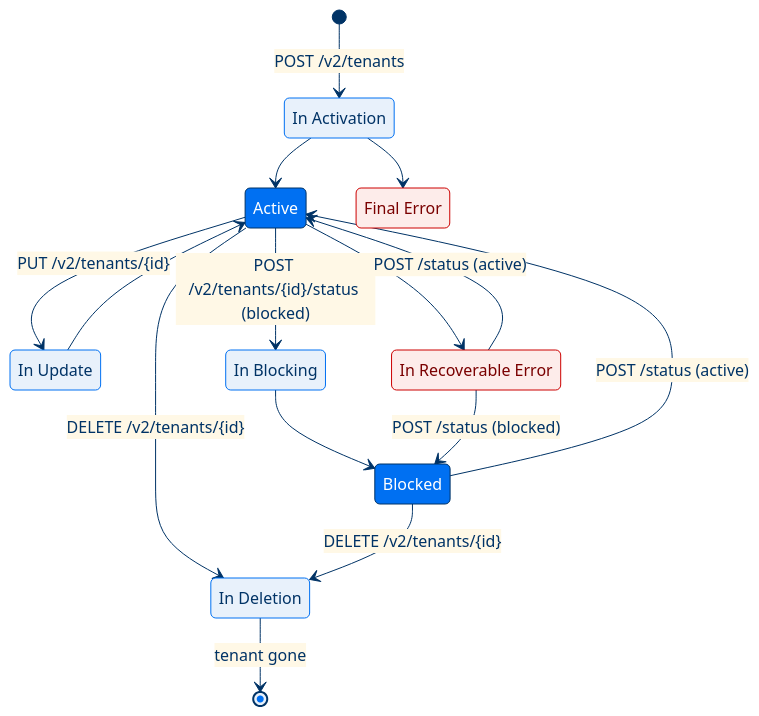
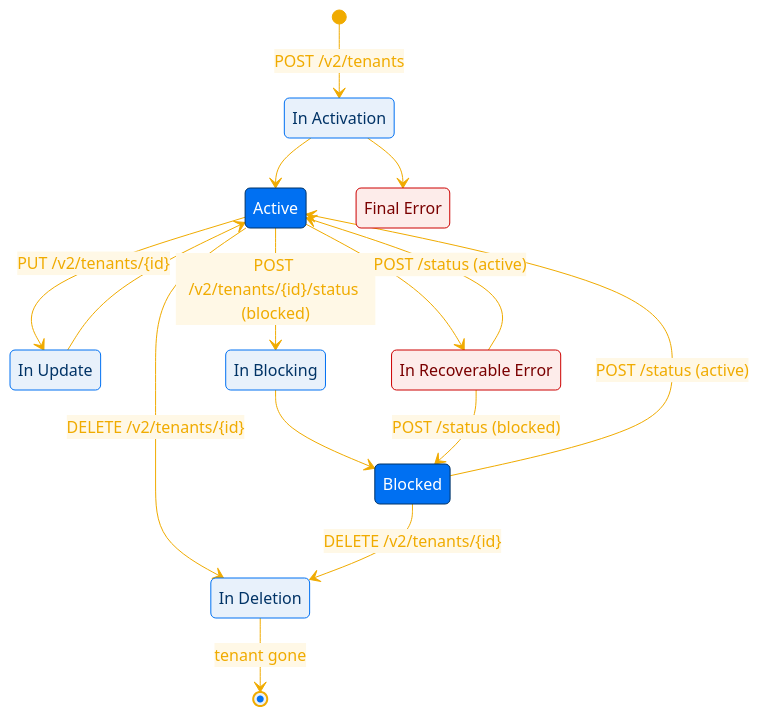
One commit to SAP-samples/SPFI-Reference-Application changed the eighth of 8 diagrams in README.md. Above: the diagram before and after it, drawn with Mermaid. The commit also changed other lines of this file and 1 other file, not shown here.

````diff
--- a/README.md
+++ b/README.md
@@ -313,40 +320,40 @@
 ```mermaid
-%%{init: {'theme': 'base', 'themeVariables': {'primaryColor': '#E8F1FB', 'primaryBorderColor': '#0070F2', 'primaryTextColor': '#003366', 'secondaryColor': '#FFF8E6', 'secondaryBorderColor': '#F0AB00', 'secondaryTextColor': '#7A5200', 'tertiaryColor': '#fdecea', 'tertiaryBorderColor': '#cc0000', 'tertiaryTextColor': '#7a0000', 'lineColor': '#003366', 'textColor': '#003366'}}}%%
+%%{init: {'theme': 'base', 'themeVariables': {'primaryColor': '#E8F1FB', 'primaryBorderColor': '#0070F2', 'primaryTextColor': '#003366', 'secondaryColor': '#FFF8E6', 'secondaryBorderColor': '#F0AB00', 'secondaryTextColor': '#7A5200', 'tertiaryColor': '#fdecea', 'tertiaryBorderColor': '#cc0000', 'tertiaryTextColor': '#7a0000', 'lineColor': '#F0AB00', 'textColor': '#F0AB00'}}}%%
 stateDiagram-v2
     [*] --> InActivation : POST /v2/tenants
 
     InActivation --> Active
     InActivation --> FinalError
 
     Active --> InUpdate : PUT /v2/tenants/{id}
     Active --> InBlocking : POST /v2/tenants/{id}/status (blocked)
     Active --> InRecoverableError
 
     InUpdate --> Active
     InBlocking --> Blocked
     InRecoverableError --> Blocked : POST /status (blocked)
     InRecoverableError --> Active : POST /status (active)
 
     Active --> InDeletion : DELETE /v2/tenants/{id}
     Blocked --> InDeletion : DELETE /v2/tenants/{id}
     Blocked --> Active : POST /status (active)
     InDeletion --> [*] : tenant gone
 
     state "In Activation" as InActivation
     state "Active" as Active
     state "Final Error" as FinalError
     state "In Update" as InUpdate
     state "In Blocking" as InBlocking
     state "In Recoverable Error" as InRecoverableError
     state "Blocked" as Blocked
     state "In Deletion" as InDeletion
 
     classDef inProgress fill:#E8F1FB,stroke:#0070F2,color:#003366
     classDef stable fill:#0070F2,stroke:#003366,color:#ffffff
     classDef error fill:#fdecea,stroke:#cc0000,color:#7a0000
     classDef blocked fill:#FFF8E6,stroke:#F0AB00,color:#7A5200
 
     class InActivation,InUpdate,InBlocking,InDeletion inProgress
     class Active,Blocked stable
     class FinalError,InRecoverableError error
 ```
````
